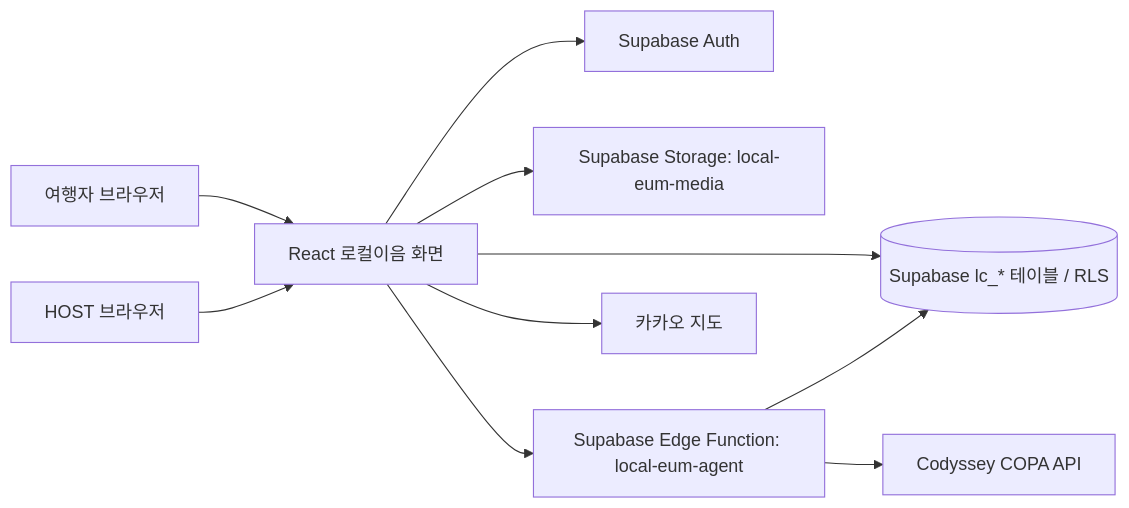
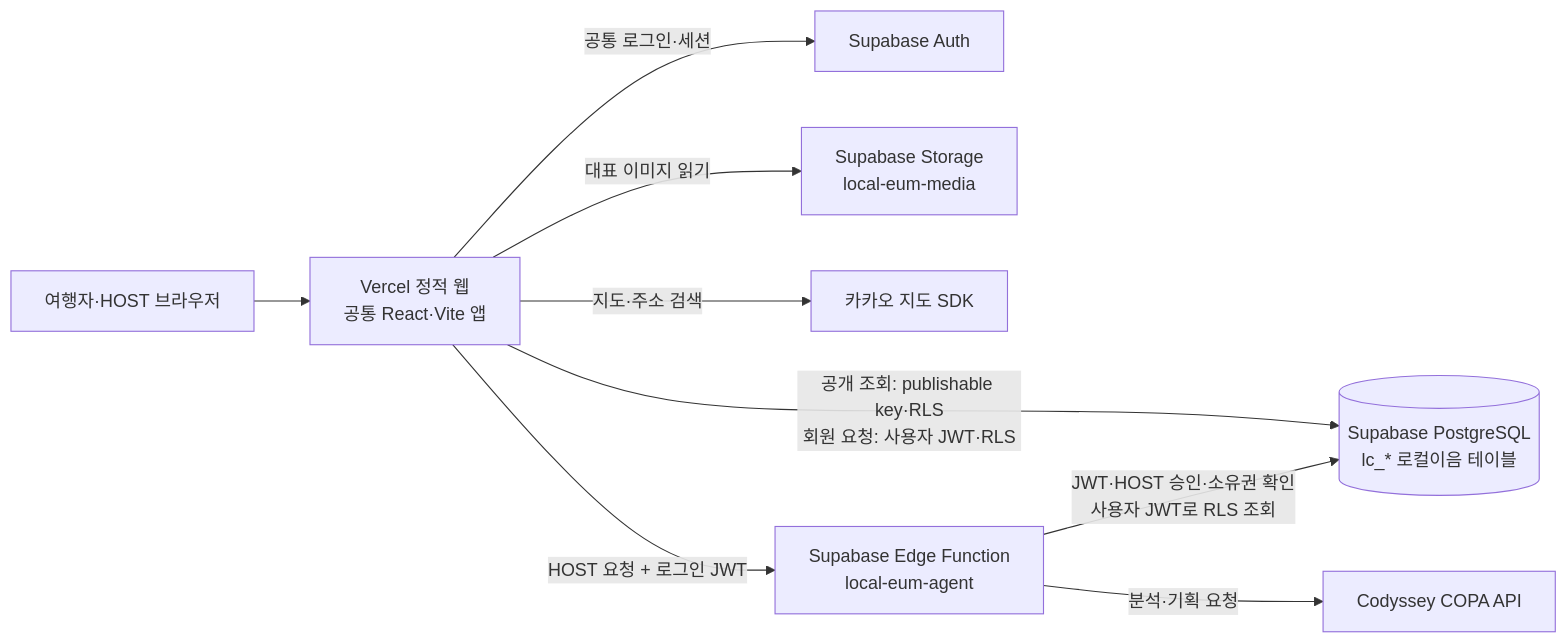
One commit to inyoung7-lab/AI-Travel-Planner changed the diagram in docs/local-eum/README.md. Above: the diagram before and after it, drawn with Mermaid. The commit also changed other lines of this file and 13 other files, not shown here.

````diff
--- a/docs/local-eum/README.md
+++ b/docs/local-eum/README.md
@@ -86,12 +94,11 @@
 ```mermaid
 flowchart LR
-  Traveler[여행자 브라우저] --> React[React 로컬이음 화면]
-  Host[HOST 브라우저] --> React
-  React --> Auth[Supabase Auth]
-  React --> DB[(Supabase lc_* 테이블 / RLS)]
-  React --> Storage[Supabase Storage: local-eum-media]
-  React --> Edge[Supabase Edge Function: local-eum-agent]
-  Edge --> DB
-  Edge --> COPA[Codyssey COPA API]
-  React --> Kakao[카카오 지도]
+  User[여행자·HOST 브라우저] --> Web[Vercel 정적 웹<br/>공통 React·Vite 앱]
+  Web -->|공통 로그인·세션| Auth[Supabase Auth]
+  Web -->|공개 조회: publishable key·RLS<br/>회원 요청: 사용자 JWT·RLS| DB[(Supabase PostgreSQL<br/>lc_* 로컬이음 테이블)]
+  Web -->|대표 이미지 읽기| Storage[Supabase Storage<br/>local-eum-media]
+  Web -->|지도·주소 검색| Kakao[카카오 지도 SDK]
+  Web -->|HOST 요청 + 로그인 JWT| Edge[Supabase Edge Function<br/>local-eum-agent]
+  Edge -->|JWT·HOST 승인·소유권 확인<br/>사용자 JWT로 RLS 조회| DB
+  Edge -->|분석·기획 요청| COPA[Codyssey COPA API]
 ```
````
